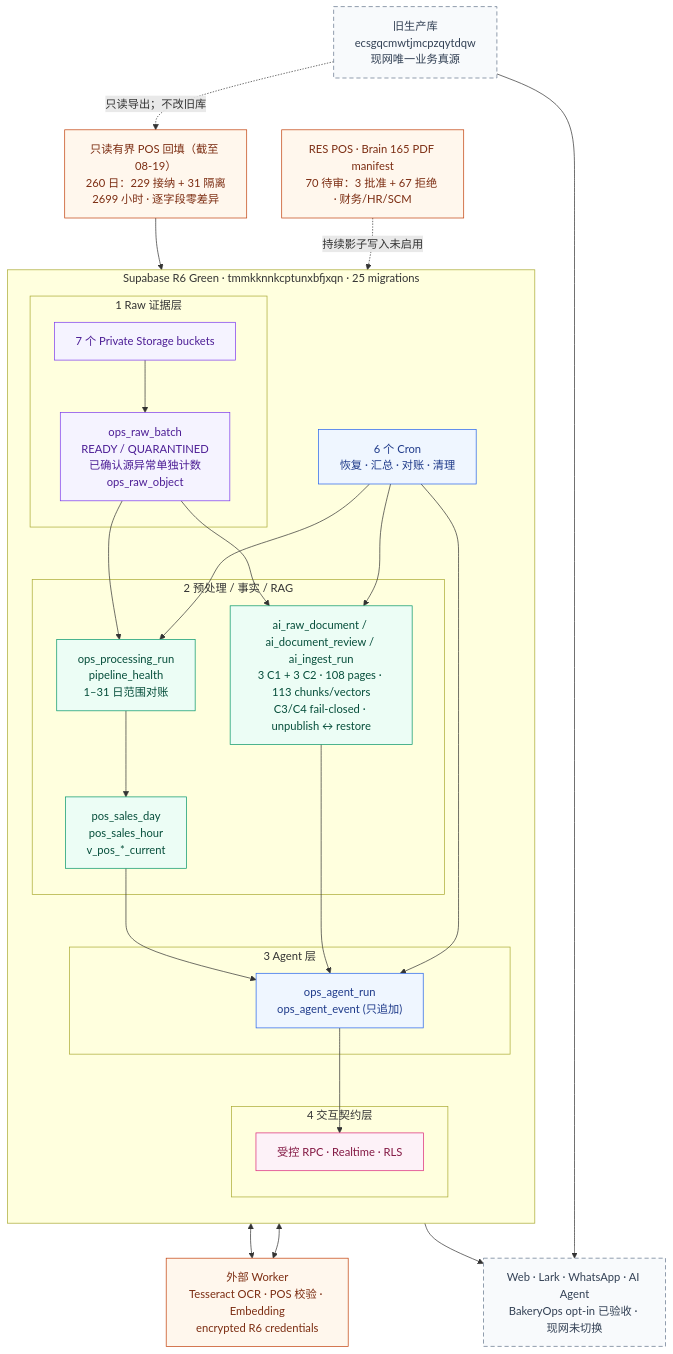
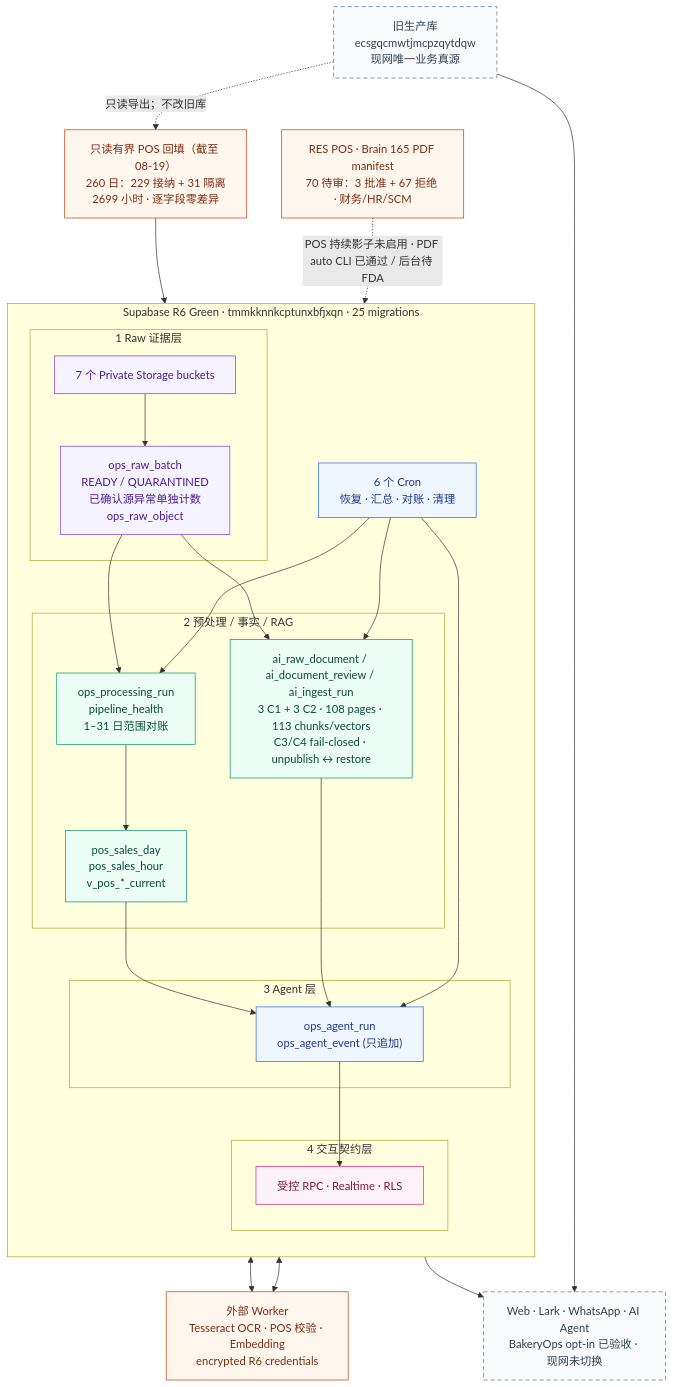
One commit to AlgerSSS/bakery-ops changed the diagram in docs/database/diagrams/hotcrush-r6-green-blueprint.mmd. Above: the diagram before and after it, drawn with Mermaid. The commit also changed 14 other files, not shown here.

```diff
--- a/docs/database/diagrams/hotcrush-r6-green-blueprint.mmd
+++ b/docs/database/diagrams/hotcrush-r6-green-blueprint.mmd
@@ -1,49 +1,49 @@
 flowchart TB
   classDef source fill:#fff7ed,stroke:#c2410c,color:#7c2d12
   classDef raw fill:#f5f3ff,stroke:#7c3aed,color:#4c1d95
   classDef processed fill:#ecfdf5,stroke:#059669,color:#064e3b
   classDef agent fill:#eff6ff,stroke:#2563eb,color:#1e3a8a
   classDef ui fill:#fdf2f8,stroke:#db2777,color:#831843
   classDef frozen fill:#f8fafc,stroke:#64748b,color:#334155,stroke-dasharray: 6 4
 
   OLD["旧生产库<br/>ecsgqcmwtjmcpzqytdqw<br/>现网唯一业务真源"]:::frozen
   BACKFILL["只读有界 POS 回填（截至 08-19）<br/>260 日：229 接纳 + 31 隔离<br/>2699 小时 · 逐字段零差异"]:::source
   SOURCES["RES POS · Brain 165 PDF manifest<br/>70 待审：3 批准 + 67 拒绝 · 财务/HR/SCM"]:::source
 
   subgraph R6["Supabase R6 Green · tmmkknnkcptunxbfjxqn · 25 migrations"]
     direction TB
     subgraph L1["1  Raw 证据层"]
       STORAGE["7 个 Private Storage buckets"]:::raw
       RAW["ops_raw_batch<br/>READY / QUARANTINED<br/>已确认源异常单独计数<br/>ops_raw_object"]:::raw
     end
     subgraph L2["2  预处理 / 事实 / RAG"]
       RUN["ops_processing_run<br/>pipeline_health<br/>1–31 日范围对账"]:::processed
       POS["pos_sales_day<br/>pos_sales_hour<br/>v_pos_*_current"]:::processed
       RAG["ai_raw_document / ai_document_review / ai_ingest_run<br/>3 C1 + 3 C2 · 108 pages · 113 chunks/vectors<br/>C3/C4 fail-closed · unpublish ↔ restore"]:::processed
     end
     subgraph L3["3  Agent 层"]
       AGENT["ops_agent_run<br/>ops_agent_event (只追加)"]:::agent
     end
     subgraph L4["4  交互契约层"]
       API["受控 RPC · Realtime · RLS"]:::ui
     end
     CRON["6 个 Cron<br/>恢复 · 汇总 · 对账 · 清理"]:::agent
   end
 
   WORKER["外部 Worker<br/>Tesseract OCR · POS 校验 · Embedding<br/>encrypted R6 credentials"]:::source
   USERS["Web · Lark · WhatsApp · AI Agent<br/>BakeryOps opt-in 已验收 · 现网未切换"]:::frozen
 
-  SOURCES -. "持续影子写入未启用" .-> STORAGE
+  SOURCES -. "POS 持续影子未启用 · PDF auto CLI 已通过 / 后台待 FDA" .-> STORAGE
   OLD -. "只读导出；不改旧库" .-> BACKFILL --> STORAGE
   STORAGE --> RAW --> RUN
   RUN <--> WORKER
   RUN --> POS
   RAW --> RAG
   RAG <--> WORKER
   POS --> AGENT
   RAG --> AGENT
   AGENT --> API --> USERS
   CRON --> RUN
   CRON --> RAG
   CRON --> AGENT
   OLD --> USERS
```
